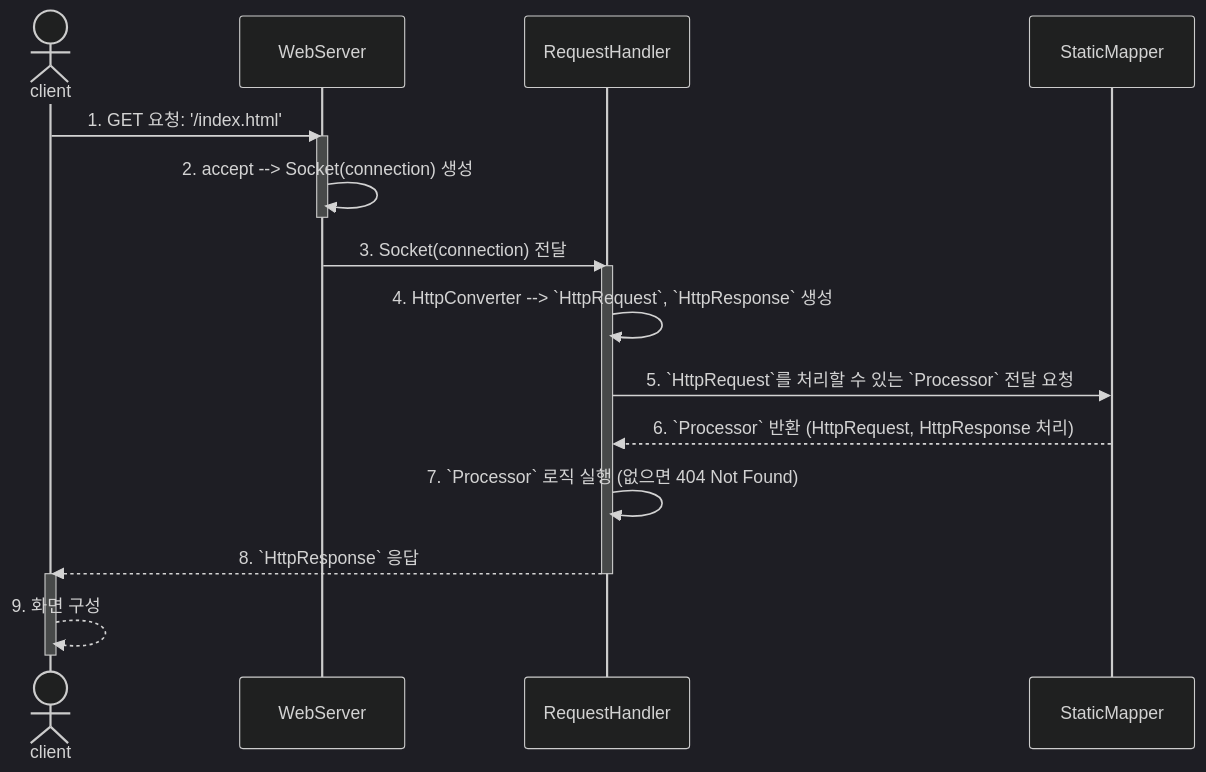
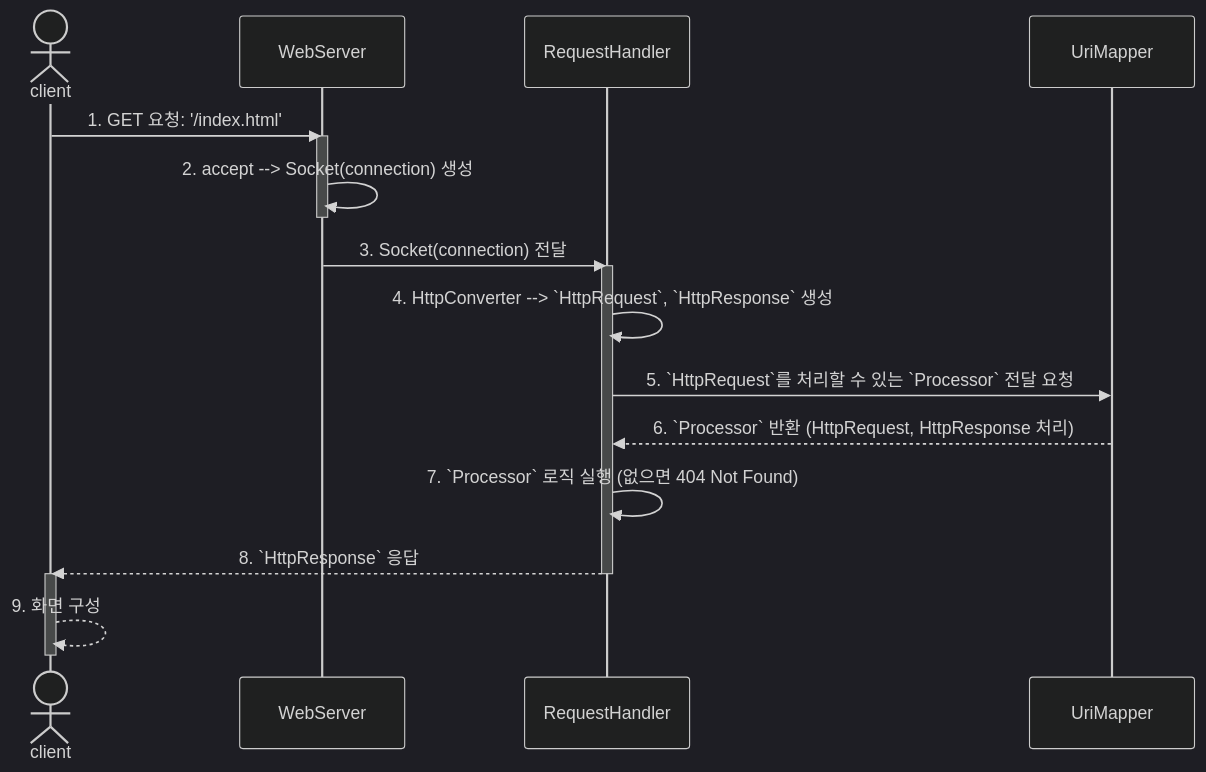
The first of 2 diagrams in README.md (codesquad-members-2024/be-was-neon), drawn with Mermaid (dark theme) before and after one commit. The commit also changed other lines of this file, not shown here.

````diff
--- a/README.md
+++ b/README.md
@@ -9,19 +9,19 @@
 ```mermaid
 sequenceDiagram
     actor client
     client->>WebServer: 1. GET 요청: '/index.html'
     activate WebServer
     WebServer->>WebServer: 2. accept --> Socket(connection) 생성 
     deactivate WebServer
     WebServer->>RequestHandler: 3. Socket(connection) 전달
     activate RequestHandler
     RequestHandler->>RequestHandler: 4. HttpConverter --> `HttpRequest`, `HttpResponse` 생성
-    RequestHandler->>StaticMapper: 5. `HttpRequest`를 처리할 수 있는 `Processor` 전달 요청
-    StaticMapper-->>RequestHandler: 6. `Processor` 반환 (HttpRequest, HttpResponse 처리)
+    RequestHandler->>UriMapper: 5. `HttpRequest`를 처리할 수 있는 `Processor` 전달 요청
+    UriMapper-->>RequestHandler: 6. `Processor` 반환 (HttpRequest, HttpResponse 처리)
     RequestHandler->>RequestHandler: 7. `Processor` 로직 실행 (없으면 404 Not Found)
     RequestHandler-->>client: 8. `HttpResponse` 응답
     deactivate RequestHandler
     activate client
     client-->>client: 9. 화면 구성
     deactivate client
 ```
````
